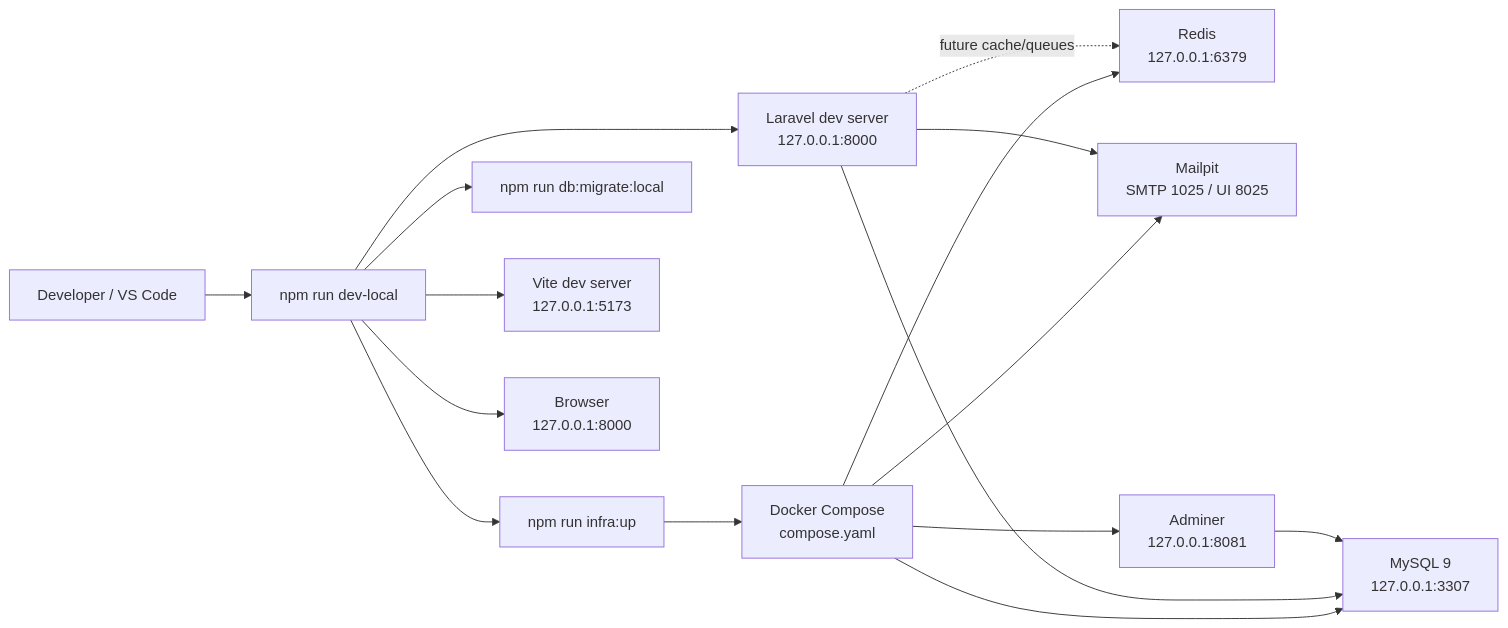
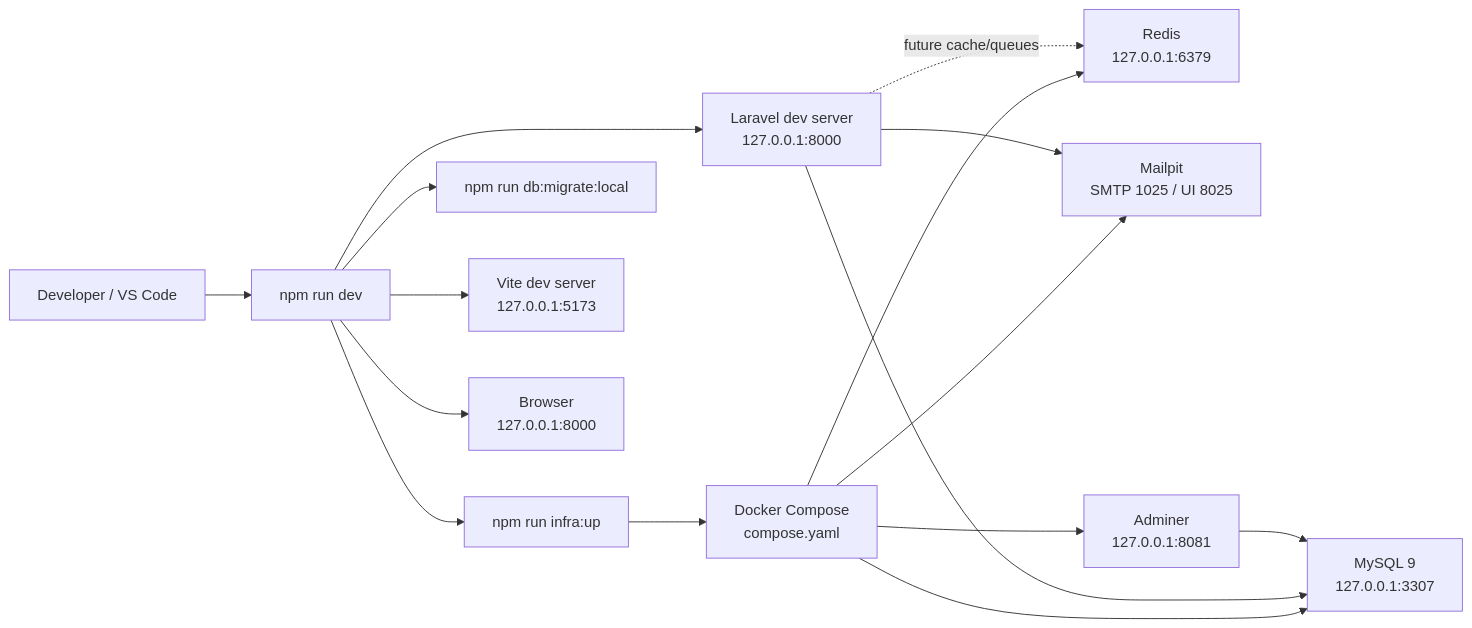
The diagram in README.md (sergehall/cs85-php-programming), drawn with Mermaid before and after one commit. The commit also changed other lines of this file and 6 other files, not shown here.

Commit message:
refactor(dev): consolidate npm scripts

````diff
--- a/README.md
+++ b/README.md
@@ -223,20 +223,20 @@
 ```mermaid
 flowchart LR
-    Developer["Developer / VS Code"] --> Script["npm run dev-local"]
+    Developer["Developer / VS Code"] --> Script["npm run dev"]
     Script --> Infra["npm run infra:up"]
     Script --> Migrate["npm run db:migrate:local"]
     Script --> Laravel["Laravel dev server\n127.0.0.1:8000"]
     Script --> Vite["Vite dev server\n127.0.0.1:5173"]
     Script --> Browser["Browser\n127.0.0.1:8000"]
 
     Infra --> Compose["Docker Compose\ncompose.yaml"]
     Compose --> MySQL["MySQL 9\n127.0.0.1:3307"]
     Compose --> Redis["Redis\n127.0.0.1:6379"]
     Compose --> Mailpit["Mailpit\nSMTP 1025 / UI 8025"]
     Compose --> Adminer["Adminer\n127.0.0.1:8081"]
 
     Laravel --> MySQL
     Laravel --> Mailpit
     Laravel -. "future cache/queues" .-> Redis
     Adminer --> MySQL
 ```
````
